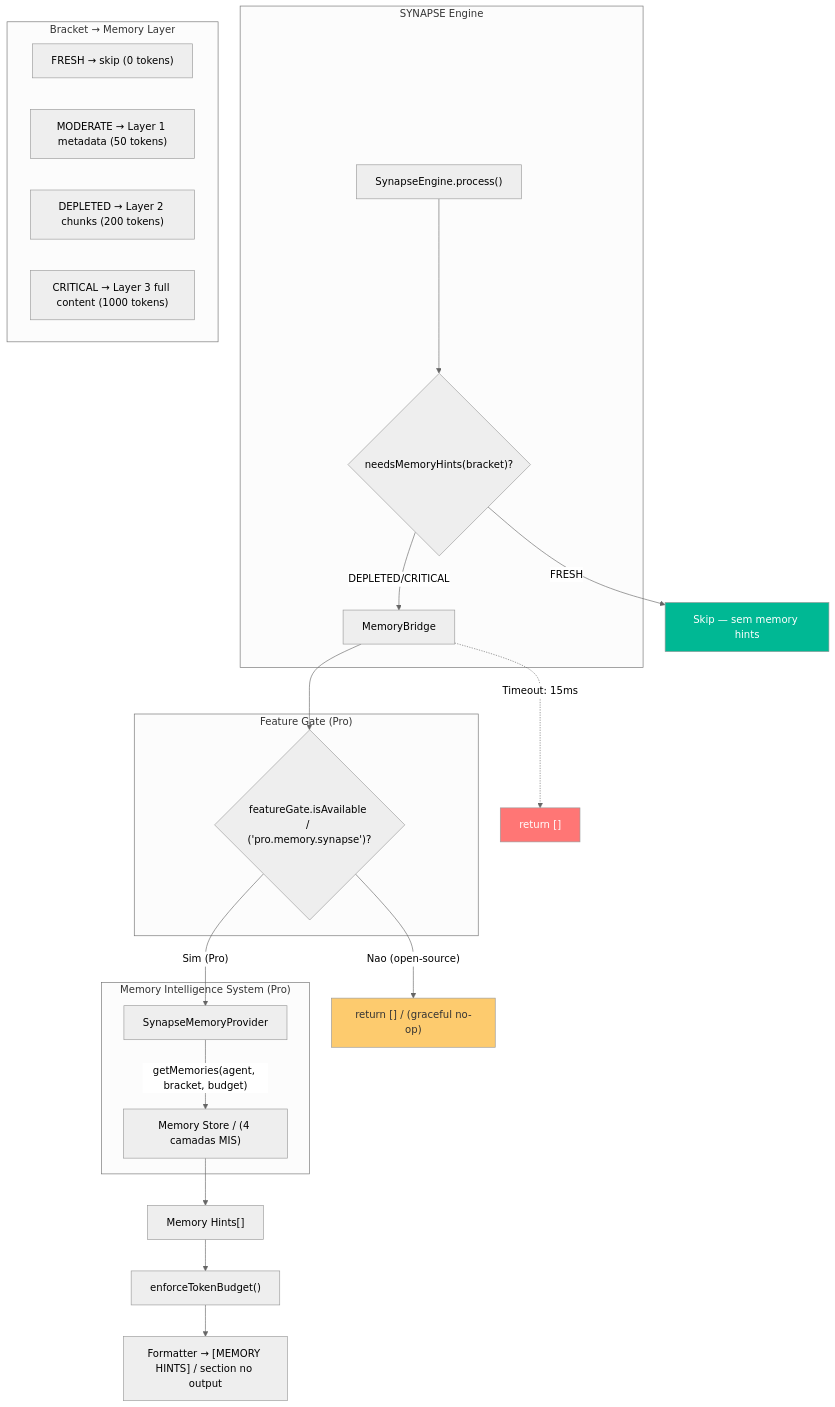
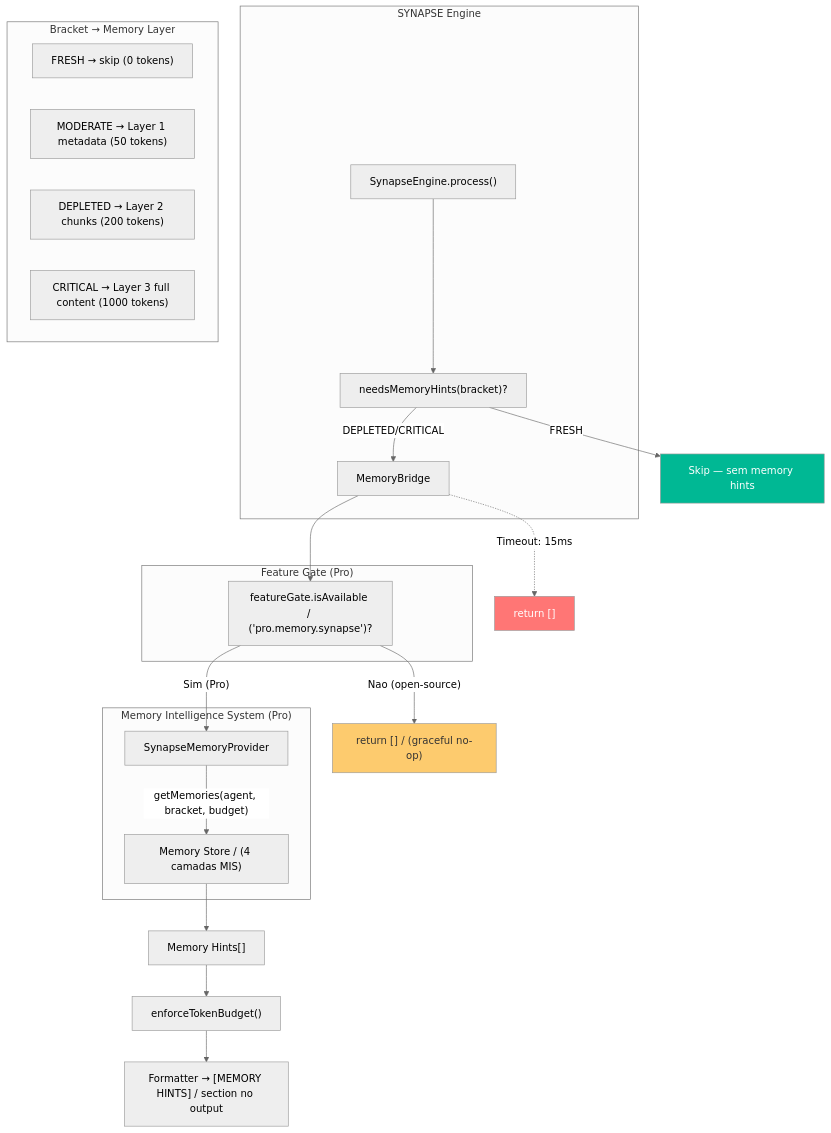
Before and after one commit to bychrisr/aios-docs: the eighth of 16 diagrams in content/en/docs/architecture/SYNAPSE/SYNAPSE-FLOWCHARTS.mdx, drawn with Mermaid (neutral theme). The commit also changed other lines of this file and 40 other files, not shown here.

````diff
--- a/content/en/docs/architecture/SYNAPSE/SYNAPSE-FLOWCHARTS.mdx
+++ b/content/en/docs/architecture/SYNAPSE/SYNAPSE-FLOWCHARTS.mdx
@@ -316,43 +316,43 @@
 ```mermaid
 flowchart TD
     subgraph SYNAPSE["SYNAPSE Engine"]
         ENGINE["SynapseEngine.process()"]
         BRIDGE["MemoryBridge"]
-        CHECK_BRACKET{"needsMemoryHints(bracket)?"}
+        CHECK_BRACKET["needsMemoryHints(bracket)?"]
     end
 
     subgraph GATE["Feature Gate (Pro)"]
-        FG_CHECK{"featureGate.isAvailable / ('pro.memory.synapse')?"}
+        FG_CHECK["featureGate.isAvailable / ('pro.memory.synapse')?"]
     end
 
     subgraph MIS["Memory Intelligence System (Pro)"]
         PROVIDER["SynapseMemoryProvider"]
         MEMORY_STORE["Memory Store / (4 camadas MIS)"]
     end
 
     subgraph BRACKET_MAP["Bracket → Memory Layer"]
         B_FRESH["FRESH → skip (0 tokens)"]
         B_MOD["MODERATE → Layer 1 metadata (50 tokens)"]
         B_DEP["DEPLETED → Layer 2 chunks (200 tokens)"]
         B_CRIT["CRITICAL → Layer 3 full content (1000 tokens)"]
     end
 
     ENGINE --> CHECK_BRACKET
     CHECK_BRACKET -->|"FRESH"| SKIP["Skip — sem memory hints"]
     CHECK_BRACKET -->|"DEPLETED/CRITICAL"| BRIDGE
 
     BRIDGE --> FG_CHECK
     FG_CHECK -->|"Nao (open-source)"| EMPTY["return [] / (graceful no-op)"]
     FG_CHECK -->|"Sim (Pro)"| PROVIDER
 
     PROVIDER -->|"getMemories(agent, bracket, budget)"| MEMORY_STORE
     MEMORY_STORE --> HINTS["Memory Hints[]"]
     HINTS --> BUDGET["enforceTokenBudget()"]
     BUDGET --> FORMAT["Formatter → [MEMORY HINTS] / section no output"]
 
     BRIDGE -.->|"Timeout: 15ms"| TIMEOUT["return []"]
 
     style SKIP fill:#00b894,color:#fff
     style EMPTY fill:#fdcb6e,color:#333
     style TIMEOUT fill:#ff7675,color:#fff
 ```
````
